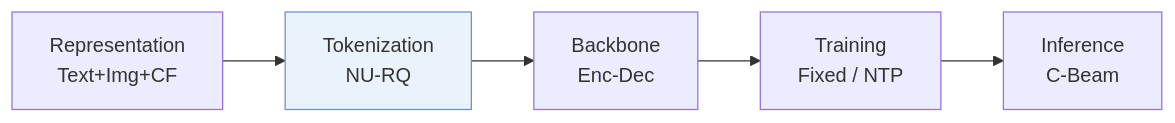
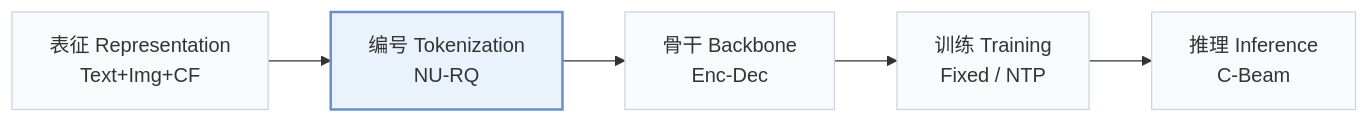
Before and after one commit to Galaxy-ghost/Awesome-SID-Generative-Rec: the first of 2 diagrams in pages/zh/papers/card.md, drawn with Mermaid. The commit also changed other lines of this file and 649 other files, not shown here.

Commit message:
writer-05: also tags and modality index (schema, check, build, visuals); summary field removed; calibration data for 12 papers

````diff
--- a/pages/zh/papers/card.md
+++ b/pages/zh/papers/card.md
@@ -13,6 +15,8 @@
 ```mermaid
 flowchart LR
-    R["Representation<br/>Text+Img+CF"] --> T["Tokenization<br/>NU-RQ"] --> B["Backbone<br/>Enc-Dec"] --> TR["Training<br/>Fixed / NTP"] --> I["Inference<br/>C-Beam"]
-    classDef main fill:#eaf2fb,stroke:#6b8fc7
+    R["表征 Representation<br/>Text+Img+CF"] --> T["编号 Tokenization<br/>NU-RQ"] --> B["骨干 Backbone<br/>Enc-Dec"] --> TR["训练 Training<br/>Fixed / NTP"] --> I["推理 Inference<br/>C-Beam"]
+    classDef base fill:#f8fafc,stroke:#cbd5e1
+    class R,T,B,TR,I base
+    classDef main fill:#eaf2fb,stroke:#6b8fc7,stroke-width:2px
     class T main
 ```
````
